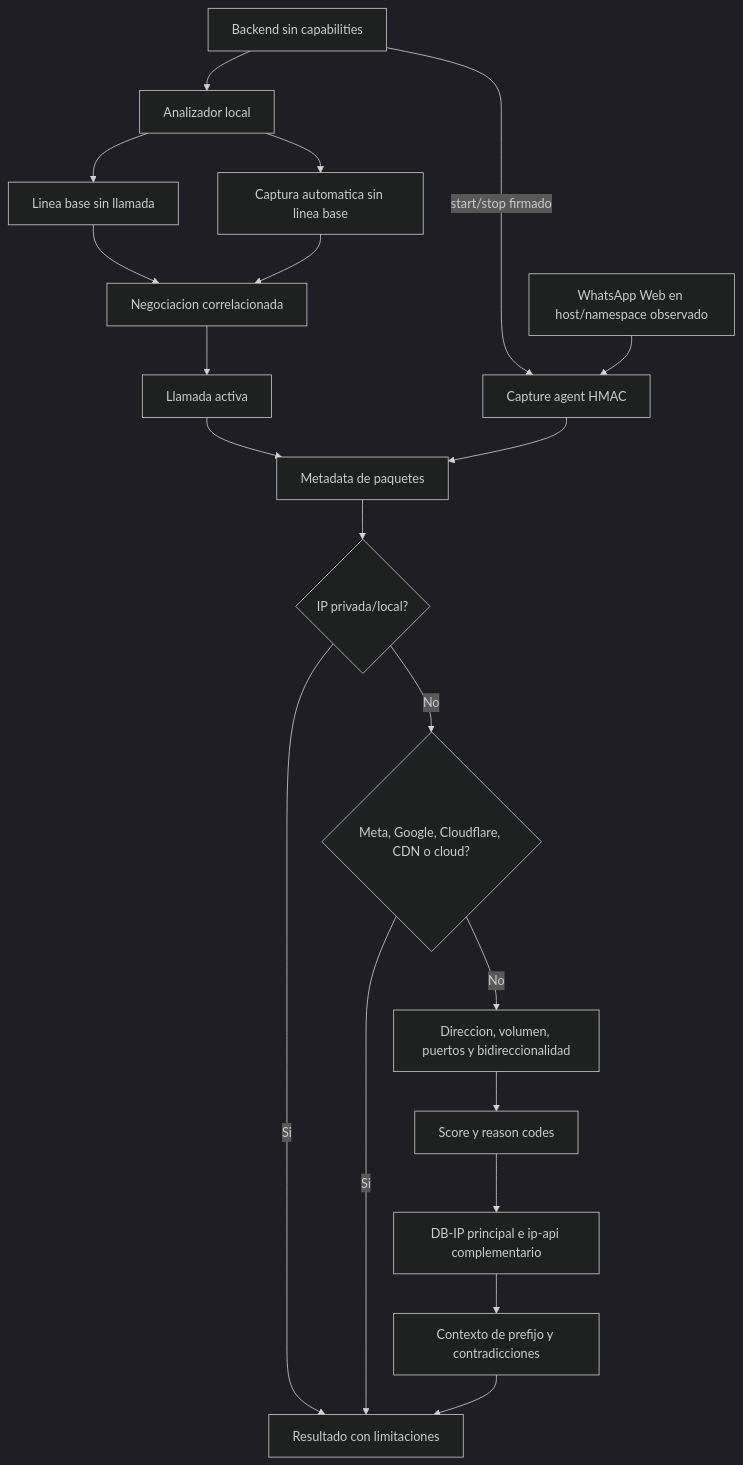
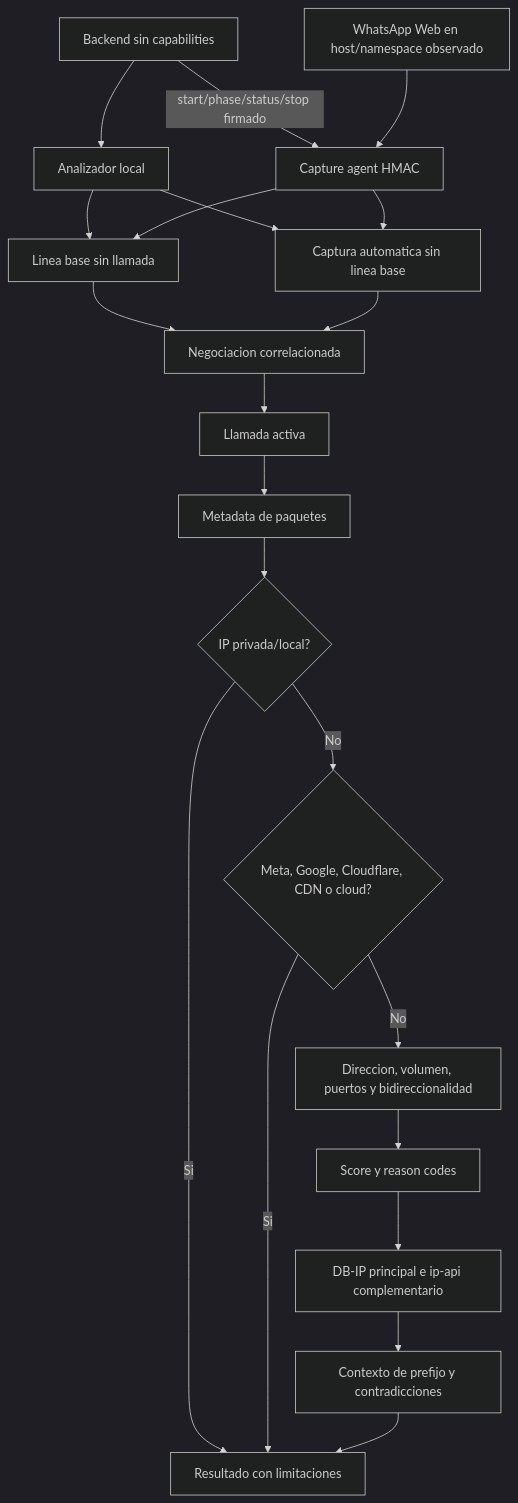
One commit to deco31416/wp-monitor changed the diagram in docs/diagrams/08-call-analysis.md. Above: the diagram before and after it, drawn with Mermaid (dark theme). The commit also changed 16 other files, not shown here.

````diff
--- a/docs/diagrams/08-call-analysis.md
+++ b/docs/diagrams/08-call-analysis.md
@@ -9,30 +9,31 @@
 ```mermaid
 flowchart TD
     Browser[WhatsApp Web en host/namespace observado]
     Backend[Backend sin capabilities]
     Local[Analizador local]
     Agent[Capture agent HMAC]
     Baseline[Linea base sin llamada]
     Negotiation[Negociacion correlacionada]
     Active[Llamada activa]
     Auto[Captura automatica sin linea base]
     Packets[Metadata de paquetes]
     Private{IP privada/local?}
     Known{Meta, Google, Cloudflare, CDN o cloud?}
     Flow[Direccion, volumen, puertos y bidireccionalidad]
     Score[Score y reason codes]
     Geo[DB-IP principal e ip-api complementario]
     Consistency[Contexto de prefijo y contradicciones]
     Result[Resultado con limitaciones]
 
-    Backend -->|start/stop firmado| Agent
+    Backend -->|start/phase/status/stop firmado| Agent
     Backend --> Local
     Browser --> Agent
     Local --> Baseline --> Negotiation --> Active --> Packets --> Private
     Local --> Auto --> Negotiation
-    Agent --> Packets
+    Agent --> Baseline
+    Agent --> Auto
     Private -->|Si| Result
     Private -->|No| Known
     Known -->|Si| Result
     Known -->|No| Flow --> Score --> Geo --> Consistency --> Result
 ```
````
